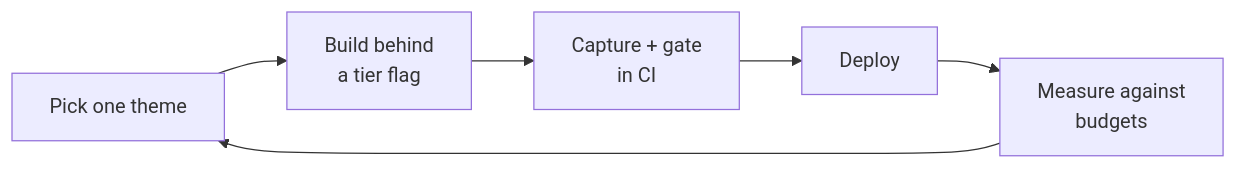
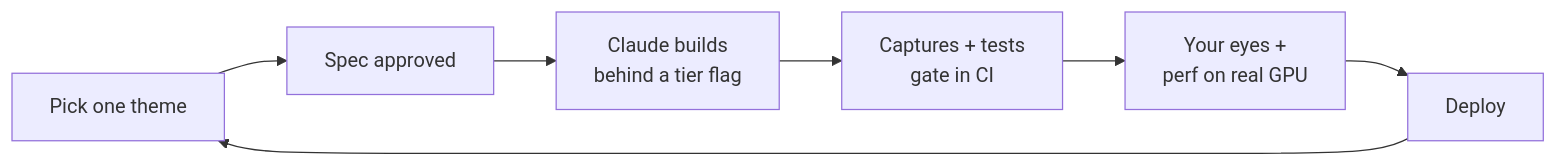
The diagram in README.md (asrijanga/solar-system), drawn with Mermaid before and after one commit. The commit also changed other lines of this file, not shown here.

First line of the commit message:
Rewrite plan for three.js on WebGPU, built by Claude

````diff
--- a/README.md
+++ b/README.md
@@ -585,8 +760,9 @@
 ```mermaid
 flowchart LR
-    A["Pick one theme"] --> B["Build behind<br/>a tier flag"]
-    B --> C["Capture + gate<br/>in CI"]
-    C --> D["Deploy"]
-    D --> E["Measure against<br/>budgets"]
-    E --> A
+    A["Pick one theme"] --> B["Spec approved"]
+    B --> C["Claude builds<br/>behind a tier flag"]
+    C --> D["Captures + tests<br/>gate in CI"]
+    D --> E["Your eyes +<br/>perf on real GPU"]
+    E --> F["Deploy"]
+    F --> A
 ```
````
